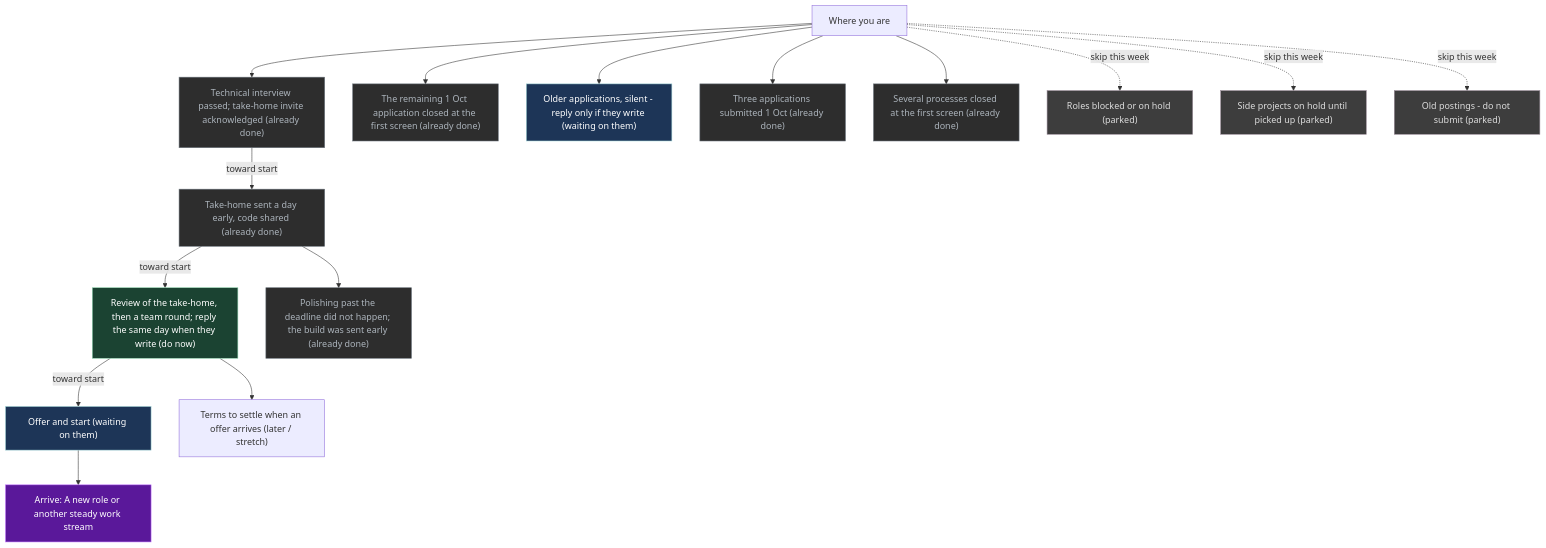
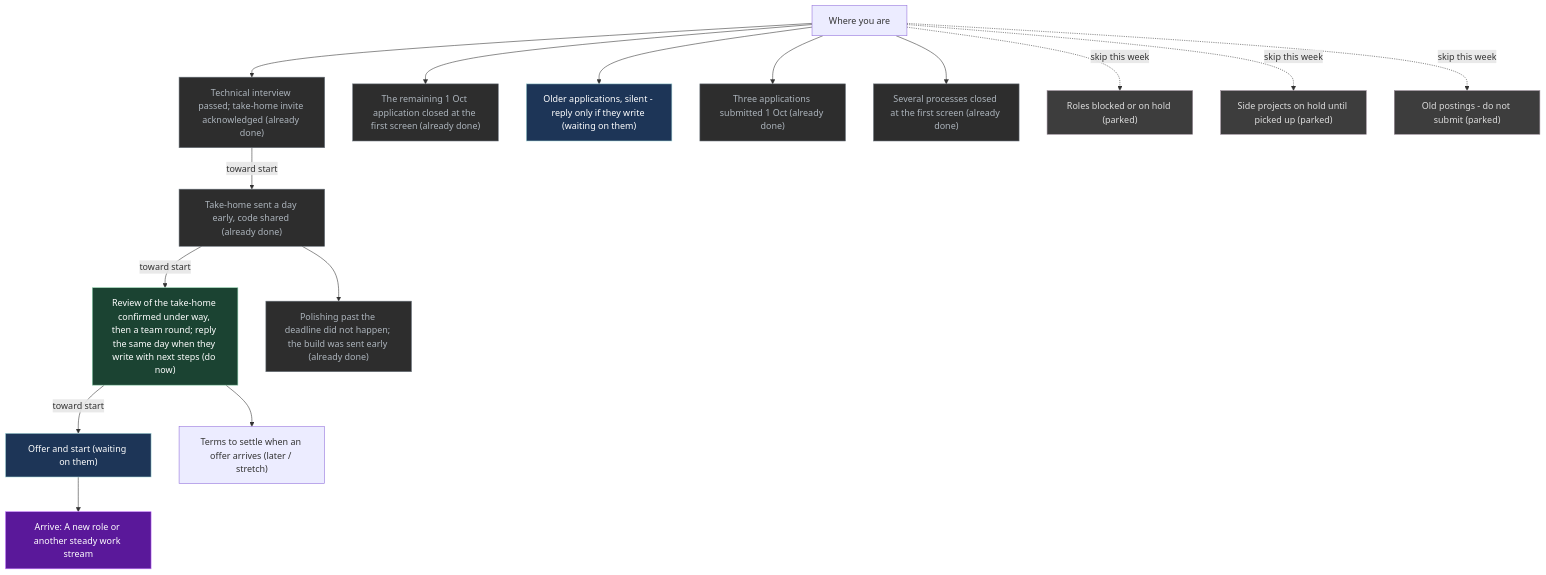
Before and after one commit to p10ns11y/life-os: the diagram in UI/Mission.md, drawn with Mermaid. The commit also changed other lines of this file, not shown here.

````diff
--- a/UI/Mission.md
+++ b/UI/Mission.md
@@ -67,42 +68,42 @@
 ```mermaid
 flowchart TB
   x["Where you are"]
   G["Arrive: A new role or another steady work stream"]
   S0["Technical interview passed; take-home invite acknowledged (already done)"]
   S4["Take-home sent a day early, code shared (already done)"]
-  S4b["Review of the take-home, then a team round; reply the same day when they write (do now)"]
+  S4b["Review of the take-home confirmed under way, then a team round; reply the same day when they write with next steps (do now)"]
   S5["Offer and start (waiting on them)"]
   S6["The remaining 1 Oct application closed at the first screen (already done)"]
   S1["Older applications, silent - reply only if they write (waiting on them)"]
   R1["Terms to settle when an offer arrives (later / stretch)"]
   R2["Polishing past the deadline did not happen; the build was sent early (already done)"]
   S3["Three applications submitted 1 Oct (already done)"]
   D1["Several processes closed at the first screen (already done)"]
   P1["Roles blocked or on hold (parked)"]
   P2["Side projects on hold until picked up (parked)"]
   P3["Old postings - do not submit (parked)"]
   x --> S0
   S0 -->|"toward start"| S4
   S4 -->|"toward start"| S4b
   S4b -->|"toward start"| S5
   x --> S6
   x --> S1
   S4b --> R1
   S4 --> R2
   x --> S3
   x --> D1
   x -.->|"skip this week"| P1
   x -.->|"skip this week"| P2
   x -.->|"skip this week"| P3
   S5 --> G
   classDef do fill:#1b4332,stroke:#95d5b2,color:#fff
   classDef wait fill:#1d3557,stroke:#a8dadc,color:#fff
   classDef park fill:#3d3d3d,stroke:#9a8c98,color:#ddd
   classDef done fill:#2d2d2d,stroke:#6c757d,color:#adb5bd
   classDef goal fill:#5a189a,stroke:#c77dff,color:#fff
   class G goal
   class S4b do
   class S5,S1 wait
   class P1,P2,P3 park
   class S0,S4,S6,R2,S3,D1 done
 ```
````
